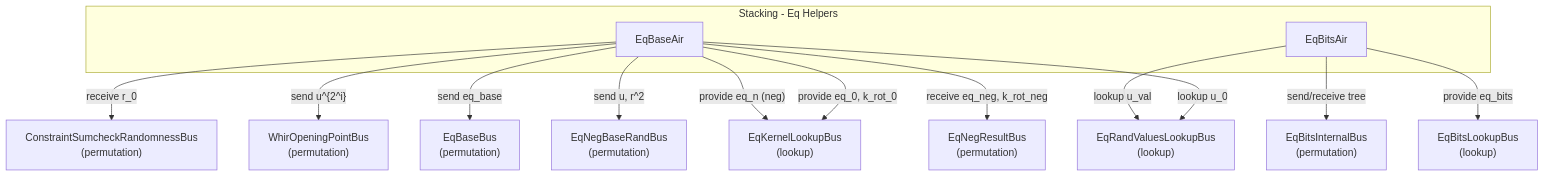
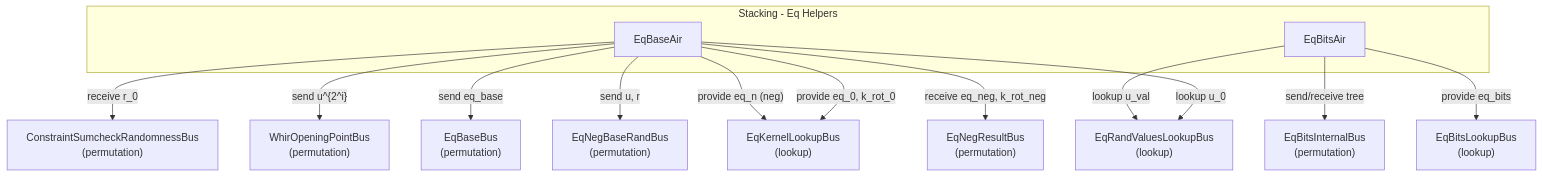
Before and after one commit to openvm-org/openvm: the second of 2 diagrams in docs/crates/recursion/modules/stacking/airs.md, drawn with Mermaid. The commit also changed other lines of this file and 17 other files, not shown here.

````diff
--- a/docs/crates/recursion/modules/stacking/airs.md
+++ b/docs/crates/recursion/modules/stacking/airs.md
@@ -245,30 +245,30 @@
 ```mermaid
 graph TD
     subgraph "Stacking - Eq Helpers"
         EqBase["EqBaseAir"]
         EqBits["EqBitsAir"]
     end
 
     ConstraintRandBus["ConstraintSumcheckRandomnessBus<br/>(permutation)"]
     WhirOpeningBus["WhirOpeningPointBus<br/>(permutation)"]
     EqBaseBus["EqBaseBus<br/>(permutation)"]
     EqRandBus["EqRandValuesLookupBus<br/>(lookup)"]
     EqKernelBus["EqKernelLookupBus<br/>(lookup)"]
     EqNegBaseRandBus["EqNegBaseRandBus<br/>(permutation)"]
     EqNegResultBus["EqNegResultBus<br/>(permutation)"]
     EqBitsInternalBus["EqBitsInternalBus<br/>(permutation)"]
     EqBitsLookupBus["EqBitsLookupBus<br/>(lookup)"]
 
     EqBase -->|"receive r_0"| ConstraintRandBus
     EqBase -->|"send u^{2^i}"| WhirOpeningBus
     EqBase -->|"send eq_base"| EqBaseBus
     EqBase -->|"lookup u_0"| EqRandBus
     EqBase -->|"provide eq_0, k_rot_0"| EqKernelBus
-    EqBase -->|"send u, r^2"| EqNegBaseRandBus
+    EqBase -->|"send u, r"| EqNegBaseRandBus
     EqBase -->|"receive eq_neg, k_rot_neg"| EqNegResultBus
     EqBase -->|"provide eq_n (neg)"| EqKernelBus
 
     EqBits -->|"send/receive tree"| EqBitsInternalBus
     EqBits -->|"provide eq_bits"| EqBitsLookupBus
     EqBits -->|"lookup u_val"| EqRandBus
 ```
````
